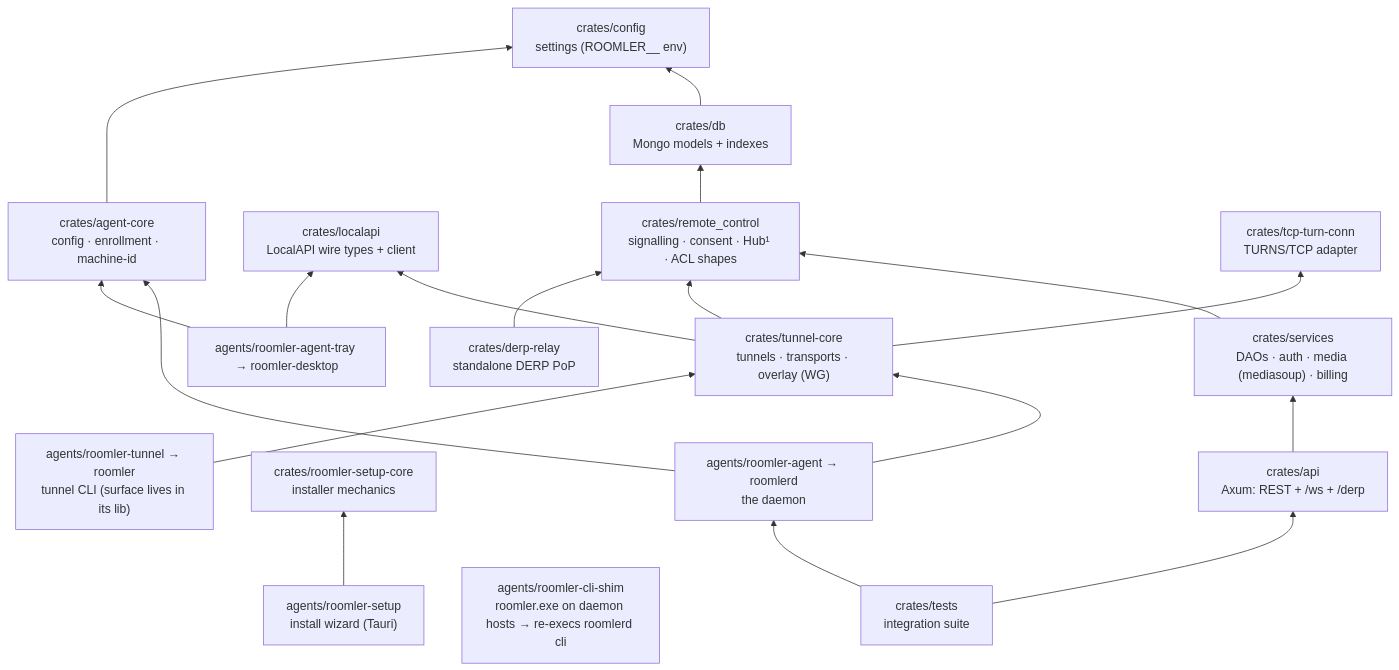
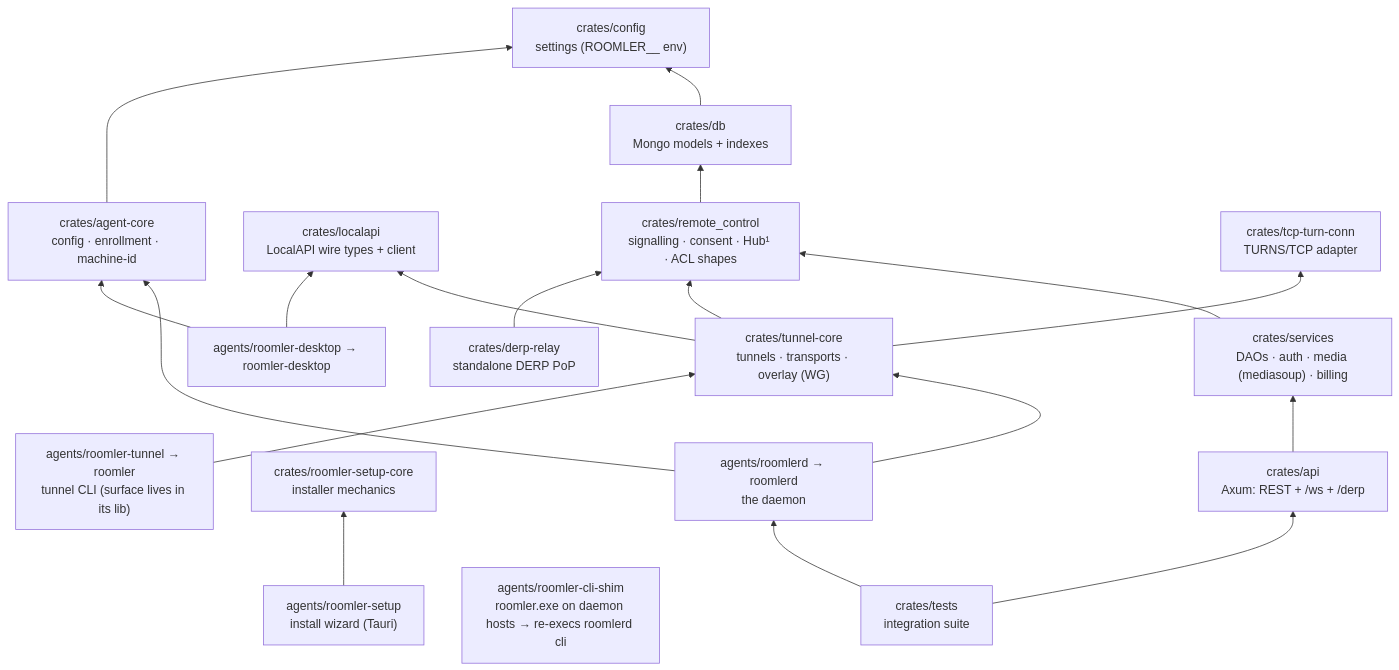
Before and after one commit to gjovanov/roomler-ai: the third of 3 diagrams in docs/architecture.md, drawn with Mermaid. The commit also changed 201 other files, not shown here.

````diff
--- a/docs/architecture.md
+++ b/docs/architecture.md
@@ -100,36 +100,36 @@
 ```mermaid
 flowchart BT
     config["crates/config<br/>settings (ROOMLER__ env)"]
     db["crates/db<br/>Mongo models + indexes"]
     rc["crates/remote_control<br/>signalling · consent · Hub¹ · ACL shapes"]
     services["crates/services<br/>DAOs · auth · media (mediasoup) · billing"]
     api["crates/api<br/>Axum: REST + /ws + /derp"]
     tests["crates/tests<br/>integration suite"]
 
     localapi["crates/localapi<br/>LocalAPI wire types + client"]
     agentcore["crates/agent-core<br/>config · enrollment · machine-id"]
     tunnelcore["crates/tunnel-core<br/>tunnels · transports · overlay (WG)"]
     tcpturn["crates/tcp-turn-conn<br/>TURNS/TCP adapter"]
     derprelay["crates/derp-relay<br/>standalone DERP PoP"]
     setupcore["crates/roomler-setup-core<br/>installer mechanics"]
 
-    roomlerd["agents/roomler-agent → roomlerd<br/>the daemon"]
+    roomlerd["agents/roomlerd → roomlerd<br/>the daemon"]
     tunnel["agents/roomler-tunnel → roomler<br/>tunnel CLI (surface lives in its lib)"]
     shim["agents/roomler-cli-shim<br/>roomler.exe on daemon hosts → re-execs roomlerd cli"]
-    tray["agents/roomler-agent-tray → roomler-desktop"]
+    tray["agents/roomler-desktop → roomler-desktop"]
     setup["agents/roomler-setup<br/>install wizard (Tauri)"]
 
     db --> config
     rc --> db
     services --> rc
     api --> services
     tests --> api & roomlerd
 
     tunnelcore --> localapi & tcpturn & rc
     agentcore --> config
     roomlerd --> tunnelcore & agentcore
     tunnel --> tunnelcore
     tray --> localapi & agentcore
     setup --> setupcore
     derprelay --> rc
 ```
````
